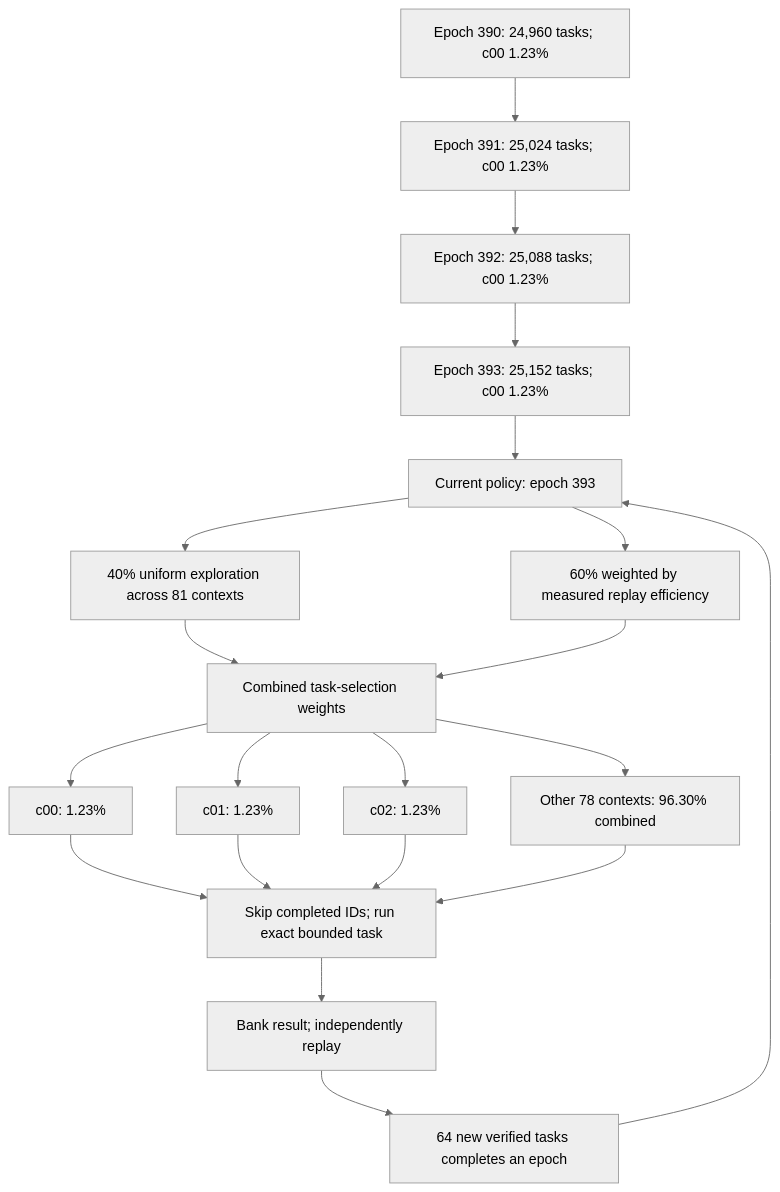
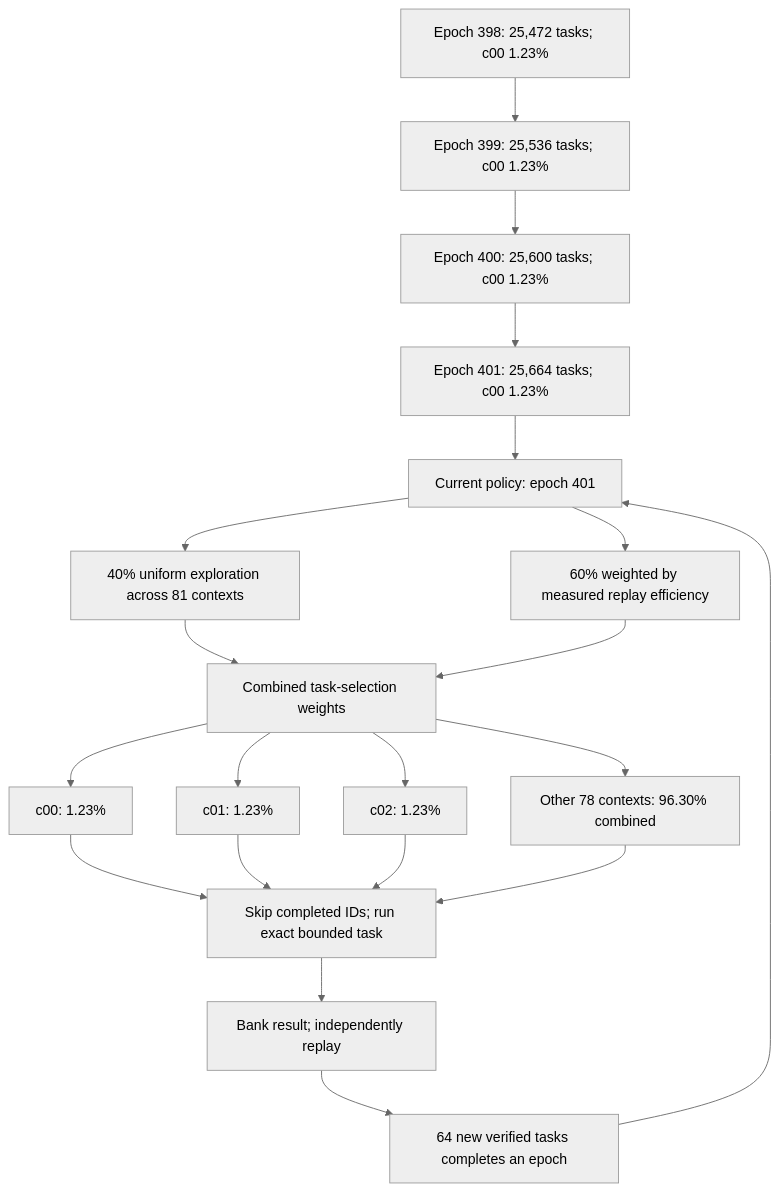
Before and after one commit to Kuberwastaken/math-gambling: the first of 2 diagrams in README.md, drawn with Mermaid (neutral theme). The commit also changed other lines of this file and 1186 other files, not shown here.

````diff
--- a/README.md
+++ b/README.md
@@ -49,27 +50,27 @@
 ```mermaid
 flowchart TD
-    H0["Epoch 390: 24,960 tasks; c00 1.23%"]
-    H1["Epoch 391: 25,024 tasks; c00 1.23%"]
+    H0["Epoch 398: 25,472 tasks; c00 1.23%"]
+    H1["Epoch 399: 25,536 tasks; c00 1.23%"]
     H0 --> H1
-    H2["Epoch 392: 25,088 tasks; c00 1.23%"]
+    H2["Epoch 400: 25,600 tasks; c00 1.23%"]
     H1 --> H2
-    H3["Epoch 393: 25,152 tasks; c00 1.23%"]
+    H3["Epoch 401: 25,664 tasks; c00 1.23%"]
     H2 --> H3
-    Policy["Current policy: epoch 393"]
+    Policy["Current policy: epoch 401"]
     H3 --> Policy
     Policy --> Explore["40% uniform exploration across 81 contexts"]
     Policy --> Cost["60% weighted by measured replay efficiency"]
     Explore --> Mix["Combined task-selection weights"]
     Cost --> Mix
     Mix --> C0["c00: 1.23%"]
     Mix --> C1["c01: 1.23%"]
     Mix --> C2["c02: 1.23%"]
     Mix --> Rest["Other 78 contexts: 96.30% combined"]
     C0 --> Check["Skip completed IDs; run exact bounded task"]
     C1 --> Check
     C2 --> Check
     Rest --> Check
     Check --> Replay["Bank result; independently replay"]
     Replay --> Gate["64 new verified tasks completes an epoch"]
     Gate --> Policy
 ```
````
